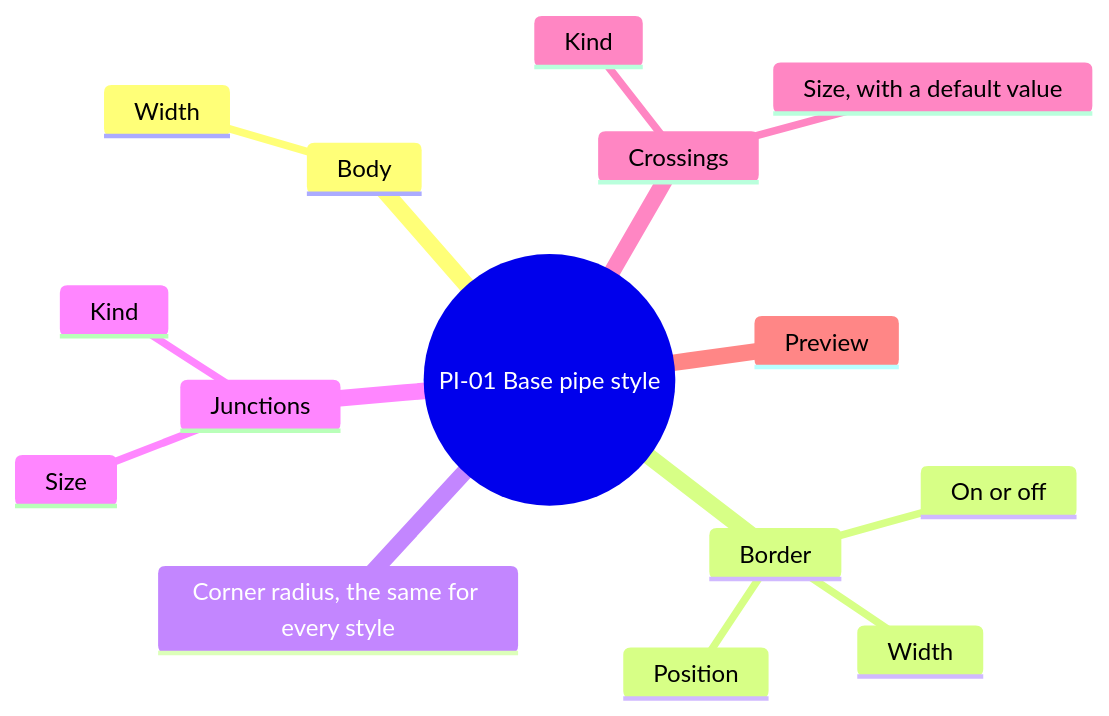
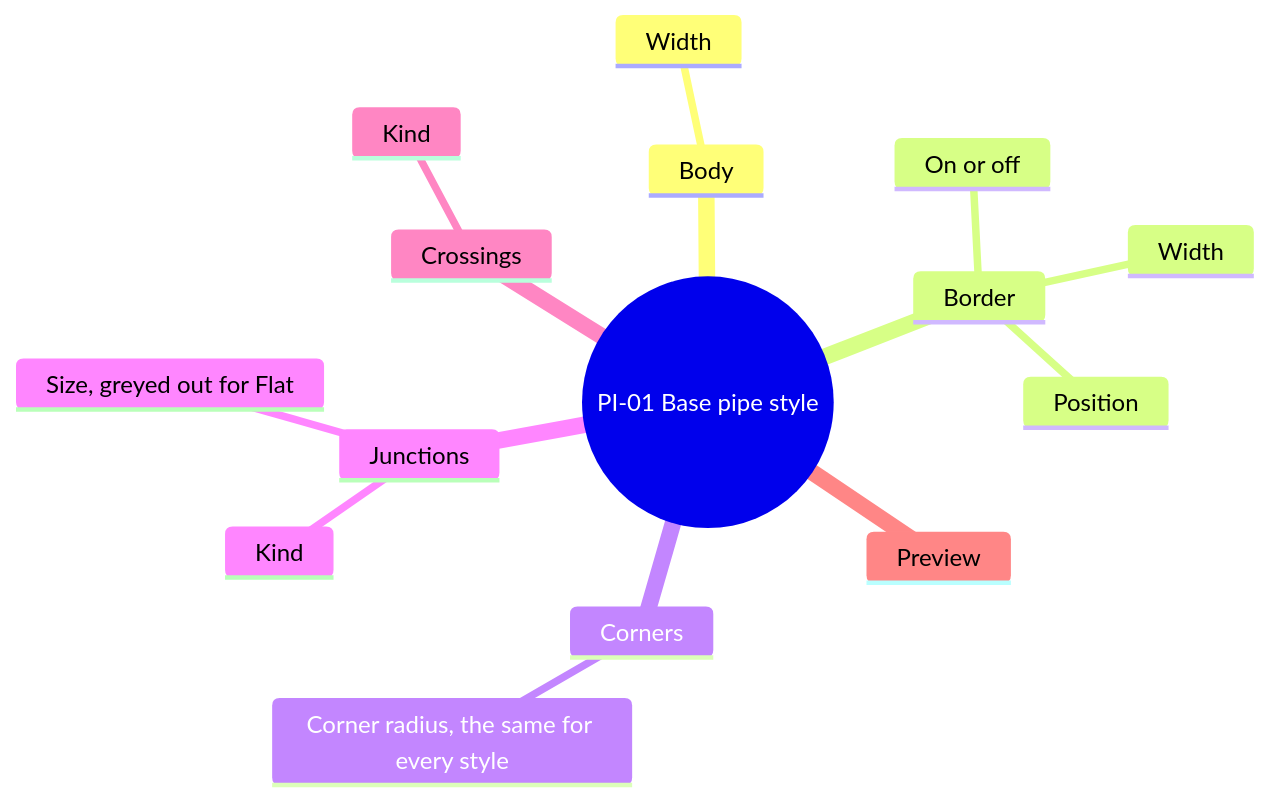
One commit to AlexandreGallais/synoptic-studio-spec changed the third of 8 diagrams in screens/pipes.md. Above: the diagram before and after it, drawn with Mermaid. The commit also changed other lines of this file and 9 other files, not shown here.

````diff
--- a/screens/pipes.md
+++ b/screens/pipes.md
@@ -40,18 +40,18 @@
 ```mermaid
 mindmap
   root((PI-01 Base pipe style))
     Body
       Width
     Border
       On or off
       Width
       Position
-    Corner radius, the same for every style
+    Corners
+      Corner radius, the same for every style
     Junctions
       Kind
-      Size
+      Size, greyed out for Flat
     Crossings
       Kind
-      Size, with a default value
     Preview
 ```
````
